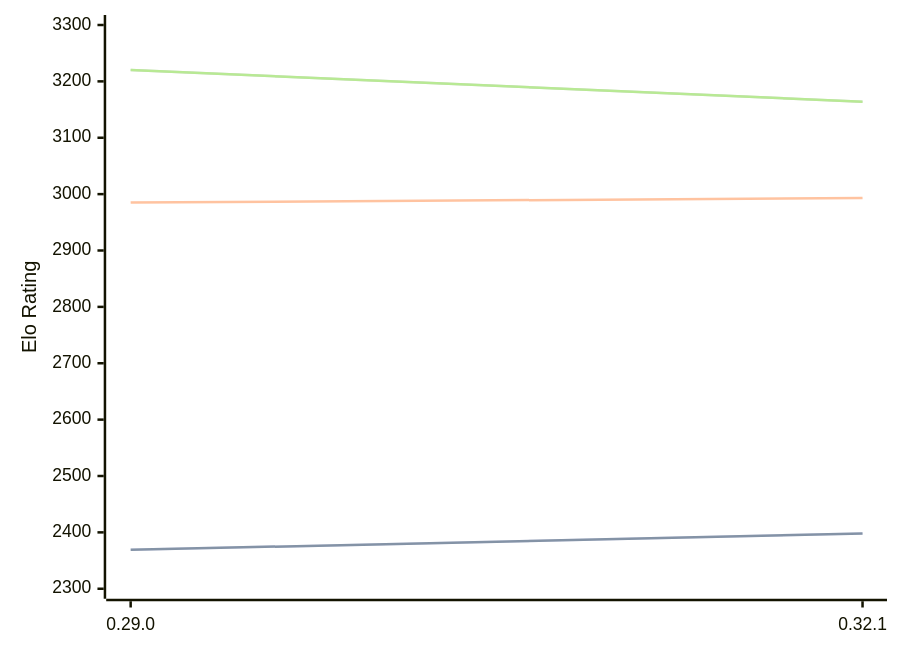
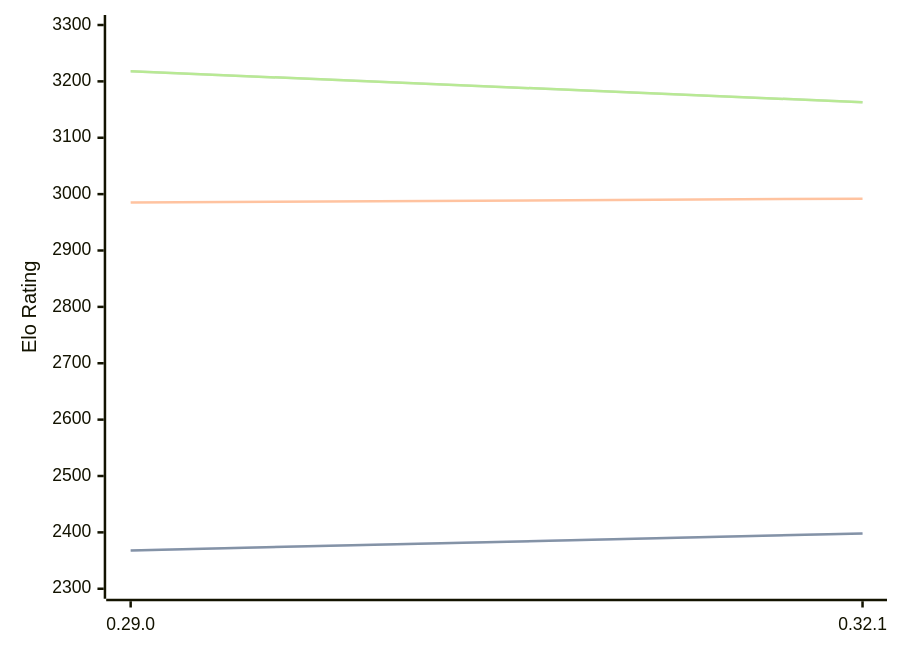
One commit to computer-chess-index/cci changed the diagram in engines/Lc0.md. Above: the diagram before and after it, drawn with Mermaid. The commit also changed other lines of this file, not shown here.

Commit message:
Update CCI Ratings (ELO VLTC) - 2026-08-03

````diff
--- a/engines/Lc0.md
+++ b/engines/Lc0.md
@@ -68,11 +68,11 @@
 ```mermaid
 %%{init: {"theme":"base","themeVariables":{"seriesColors:['#a3a3a3','#222221','#faa371']}}}%%
 xychart-beta
   x-axis ["0.29.0", "0.32.1"]
   y-axis "Elo Rating" 2300 --> 3300
-  line "STC (8.0+0.08s)" [2369, 2398]
-  line "STC (8.0+0.08s)" [2369, 2398]
-  line "LTC (60.0+0.60s)" [2985, 2993]
-  line "VLTC (2m24s+1.12s)" [3220, 3164]
-  line "VLTC (2m24s+1.12s)" [3220, 3164]
+  line "STC (8.0+0.08s)" [2368, 2398]
+  line "STC (8.0+0.08s)" [2368, 2398]
+  line "LTC (60.0+0.60s)" [2985, 2992]
+  line "VLTC (2m24s+1.12s)" [3218, 3163]
+  line "VLTC (2m24s+1.12s)" [3218, 3163]
 ```
````
